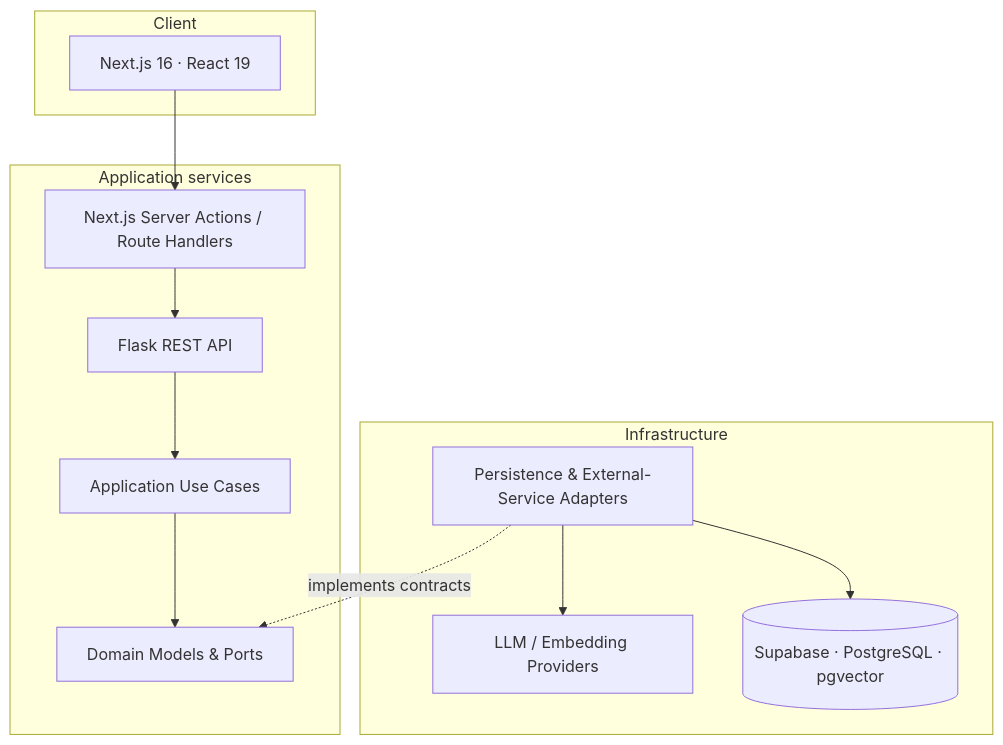
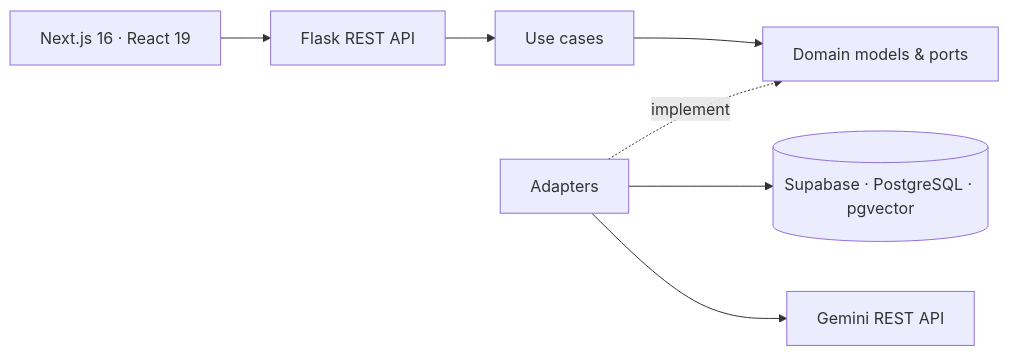
One commit to akifkeklik/book-ai-app changed the diagram in README.md. Above: the diagram before and after it, drawn with Mermaid. The commit also changed other lines of this file and 23 other files, not shown here.

First line of the commit message:
Switch to Gemini 3.5 Flash-Lite over REST; clearer core flow; simpler README (#83)

```diff
--- a/README.md
+++ b/README.md
@@ -54,27 +50,8 @@
 ~~~mermaid
-flowchart TB
-    subgraph Clients["Client"]
-        WEB["Next.js 16 · React 19"]
-    end
-
-    subgraph Services["Application services"]
-        WEB_ACTIONS["Next.js Server Actions / Route Handlers"]
-        API["Flask REST API"]
-        USECASES["Application Use Cases"]
-        DOMAIN["Domain Models & Ports"]
-    end
-
-    subgraph Infrastructure["Infrastructure"]
-        ADAPTERS["Persistence & External-Service Adapters"]
-        AI["LLM / Embedding Providers"]
-        DB[("Supabase · PostgreSQL · pgvector")]
-    end
-
-    WEB --> WEB_ACTIONS
-    WEB_ACTIONS --> API
-    API --> USECASES
-    USECASES --> DOMAIN
-    ADAPTERS -. implements contracts .-> DOMAIN
-    ADAPTERS --> DB
-    ADAPTERS --> AI
+flowchart LR
+    WEB["Next.js 16 · React 19"] --> API["Flask REST API"]
+    API --> UC["Use cases"] --> DOMAIN["Domain models & ports"]
+    ADAPTERS["Adapters"] -. implement .-> DOMAIN
+    ADAPTERS --> DB[("Supabase · PostgreSQL · pgvector")]
+    ADAPTERS --> AI["Gemini REST API"]
 ~~~
```
